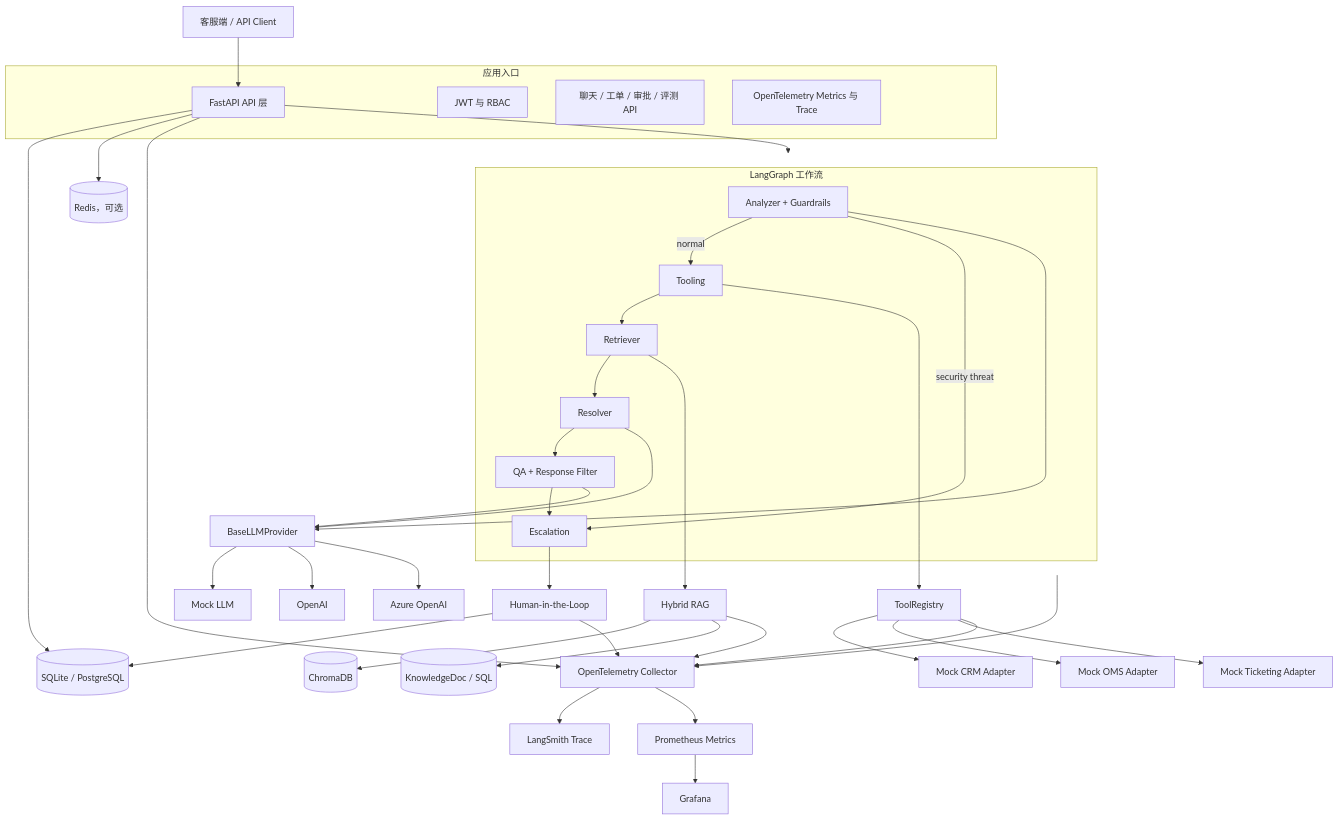
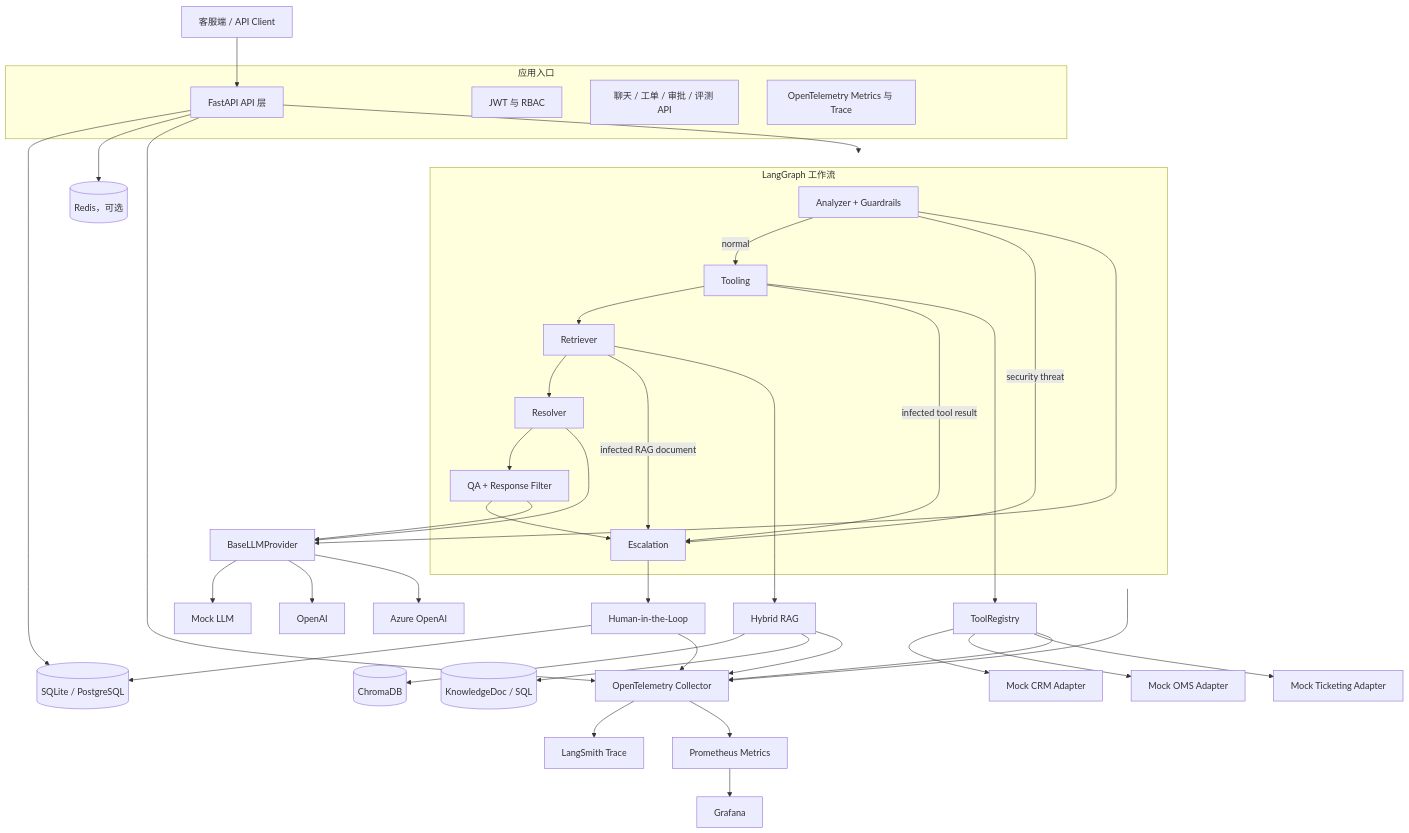
One commit to sulik0/support-gpt-enterprise-resume changed the first of 5 diagrams in docs/ai/01_ARCHITECTURE.md. Above: the diagram before and after it, drawn with Mermaid. The commit also changed other lines of this file and 27 other files, not shown here.

````diff
--- a/docs/ai/01_ARCHITECTURE.md
+++ b/docs/ai/01_ARCHITECTURE.md
@@ -20,57 +20,59 @@
 ```mermaid
 flowchart TB
     Client[客服端 / API Client] --> Gateway[FastAPI API 层]
 
     subgraph App[应用入口]
         Gateway
         Auth[JWT 与 RBAC]
         Chat[聊天 / 工单 / 审批 / 评测 API]
         HTTPTrace[OpenTelemetry Metrics 与 Trace]
     end
 
     Gateway --> Graph
     Gateway --> SQL
     Gateway --> Redis
 
     subgraph Graph[LangGraph 工作流]
         Analyzer[Analyzer + Guardrails]
         Tooling[Tooling]
         Retriever[Retriever]
         Resolver[Resolver]
         QA[QA + Response Filter]
         Escalation[Escalation]
         Analyzer -->|normal| Tooling --> Retriever --> Resolver --> QA --> Escalation
         Analyzer -->|security threat| Escalation
+        Tooling -->|infected tool result| Escalation
+        Retriever -->|infected RAG document| Escalation
     end
 
     Tooling --> Registry[ToolRegistry]
     Registry --> CRM[Mock CRM Adapter]
     Registry --> OMS[Mock OMS Adapter]
     Registry --> Ticketing[Mock Ticketing Adapter]
 
     Retriever --> RAG[Hybrid RAG]
     RAG --> Chroma[(ChromaDB)]
     RAG --> KB[(KnowledgeDoc / SQL)]
 
     Resolver --> Provider[BaseLLMProvider]
     QA --> Provider
     Analyzer --> Provider
     Provider --> Mock[Mock LLM]
     Provider --> OpenAI[OpenAI]
     Provider --> Azure[Azure OpenAI]
 
     Escalation --> Approval[Human-in-the-Loop]
     Approval --> SQL
 
     SQL[(SQLite / PostgreSQL)]
     Redis[(Redis，可选)]
 
     Gateway --> Obs[OpenTelemetry Collector]
     Obs --> LangSmith[LangSmith Trace]
     Obs --> Prometheus[Prometheus Metrics]
     Prometheus --> Grafana[Grafana]
     Graph --> Obs
     Registry --> Obs
     RAG --> Obs
     Approval --> Obs
 ```
````
